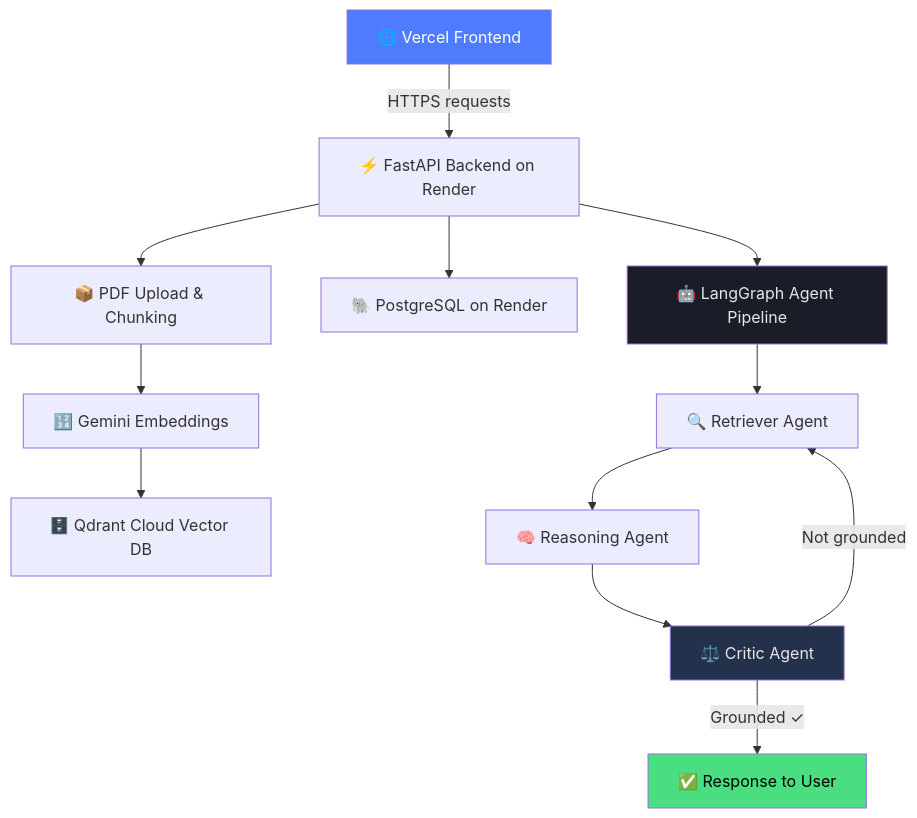
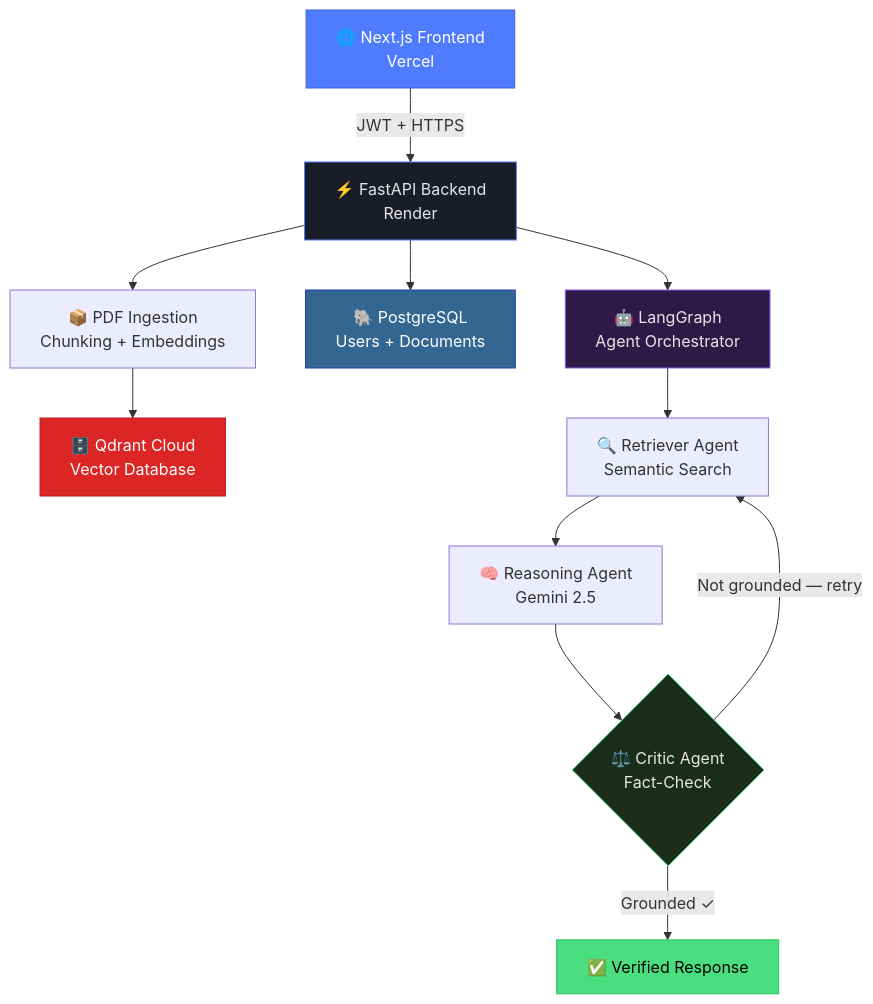
The diagram in README.md (aditi2911/docu-mind-ai), drawn with Mermaid before and after one commit. The commit also changed other lines of this file, not shown here.

````diff
--- a/README.md
+++ b/README.md
@@ -26,19 +43,23 @@
 ```mermaid
 graph TD
-    A[🌐 Vercel Frontend] -->|HTTPS requests| B[⚡ FastAPI Backend on Render]
-    B --> C[📦 PDF Upload & Chunking]
-    C --> D[🔢 Gemini Embeddings]
-    D --> E[🗄️ Qdrant Cloud Vector DB]
-    B --> F[🐘 PostgreSQL on Render]
-    B --> G[🤖 LangGraph Agent Pipeline]
-    G --> H[🔍 Retriever Agent]
-    H --> I[🧠 Reasoning Agent]
-    I --> J[⚖️ Critic Agent]
-    J -->|Not grounded| H
-    J -->|Grounded ✓| K[✅ Response to User]
+    A[🌐 Next.js Frontend<br/>Vercel] -->|JWT + HTTPS| B[⚡ FastAPI Backend<br/>Render]
+    
+    B --> C[📦 PDF Ingestion<br/>Chunking + Embeddings]
+    C --> D[🗄️ Qdrant Cloud<br/>Vector Database]
+    B --> F[🐘 PostgreSQL<br/>Users + Documents]
+    
+    B --> G[🤖 LangGraph<br/>Agent Orchestrator]
+    G --> H[🔍 Retriever Agent<br/>Semantic Search]
+    H --> I[🧠 Reasoning Agent<br/>Gemini 2.5]
+    I --> J{⚖️ Critic Agent<br/>Fact-Check}
+    J -->|Not grounded — retry| H
+    J -->|Grounded ✓| K[✅ Verified Response]
 
-    style A fill:#4f7cff,color:#fff
-    style G fill:#1a1d27,color:#e6e6e6
-    style J fill:#23314d,color:#e6e6e6
-    style K fill:#4ade80,color:#000
+    style A fill:#4f7cff,color:#fff,stroke:#3a63e0
+    style B fill:#1a1d27,color:#e6e6e6,stroke:#4f7cff
+    style G fill:#2d1a47,color:#e6e6e6,stroke:#8b5cf6
+    style J fill:#1a2d1a,color:#e6e6e6,stroke:#4ade80
+    style K fill:#4ade80,color:#000,stroke:#22c55e
+    style D fill:#dc2626,color:#fff,stroke:#b91c1c
+    style F fill:#336791,color:#fff,stroke:#1e40af
 ```
````
